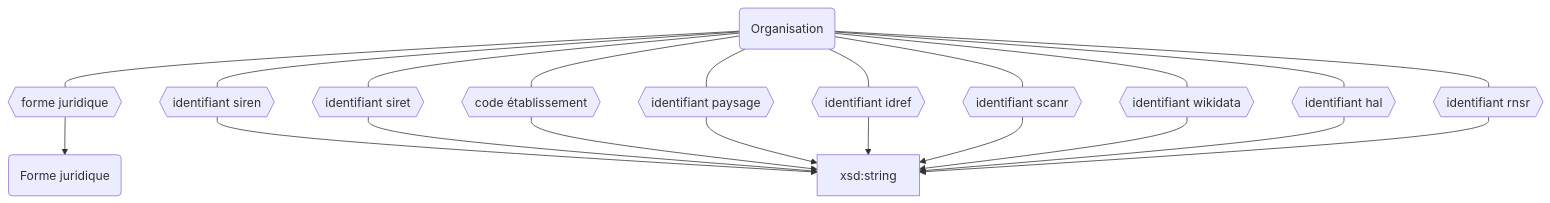
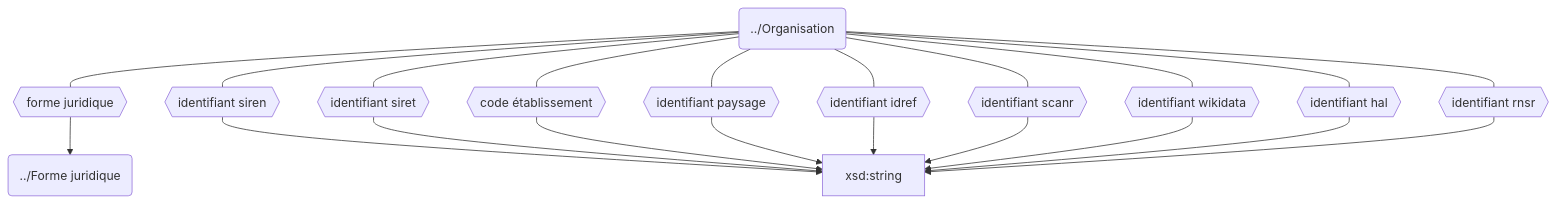
The diagram in docs/Modélisation Movies/Description des établissements.md (abes-esr/movies-doc), drawn with Mermaid before and after one commit. The commit also changed other lines of this file and 518 other files, not shown here.

````diff
--- a/docs/Modélisation Movies/Description des établissements.md
+++ b/docs/Modélisation Movies/Description des établissements.md
@@ -11,16 +11,16 @@
 ```mermaid
 graph TD
-    ORG(Organisation)
-    FORMEJ(Forme juridique)
+    ORG(../Organisation)
+    FORMEJ(../Forme juridique)
     
     ORG --- fj{{forme juridique}} --> FORMEJ
     ORG --- siren{{identifiant siren}} --> xsd:string
     ORG --- siret{{identifiant siret}} --> xsd:string
     ORG --- code_etab{{code établissement}} --> xsd:string
     ORG --- paysage{{identifiant paysage}} --> xsd:string
     ORG --- idref{{identifiant idref}} --> xsd:string
     ORG --- scanr{{identifiant scanr}} --> xsd:string
     ORG --- wikidata{{identifiant wikidata}} --> xsd:string
     ORG --- hal{{identifiant hal}} --> xsd:string
     ORG --- rnsr{{identifiant rnsr}} --> xsd:string
 ```
````
